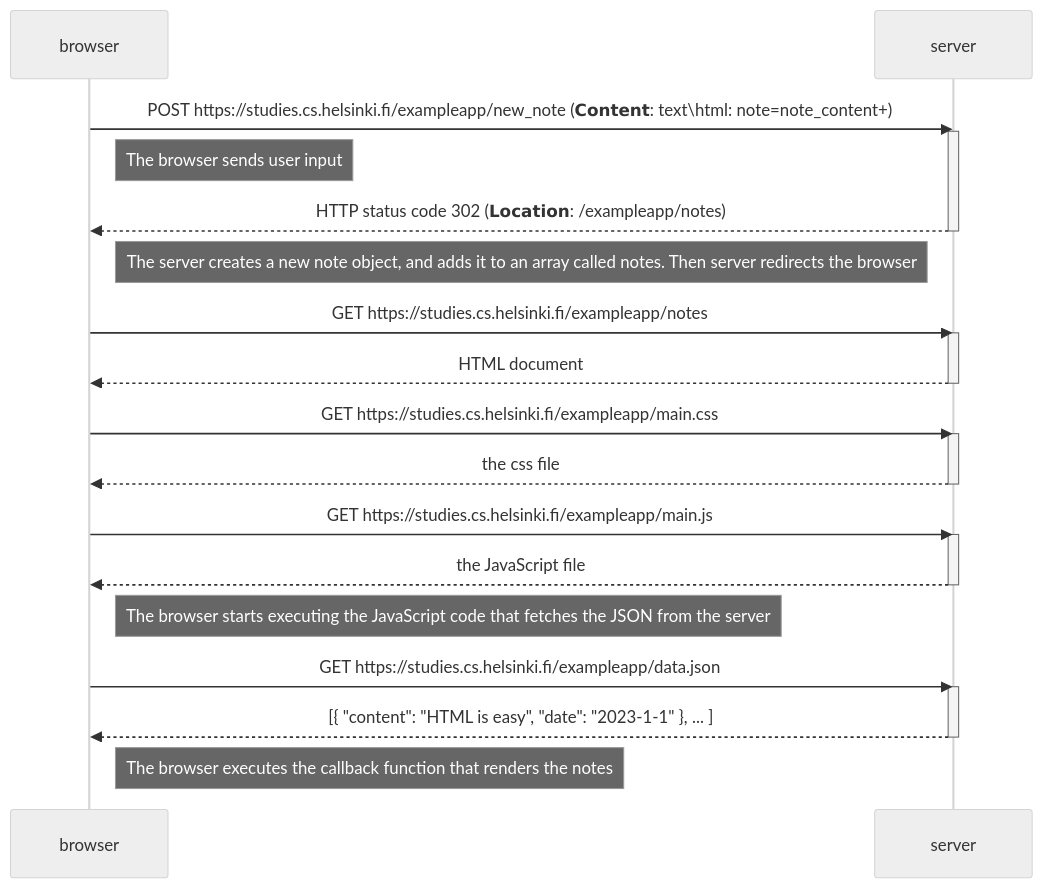
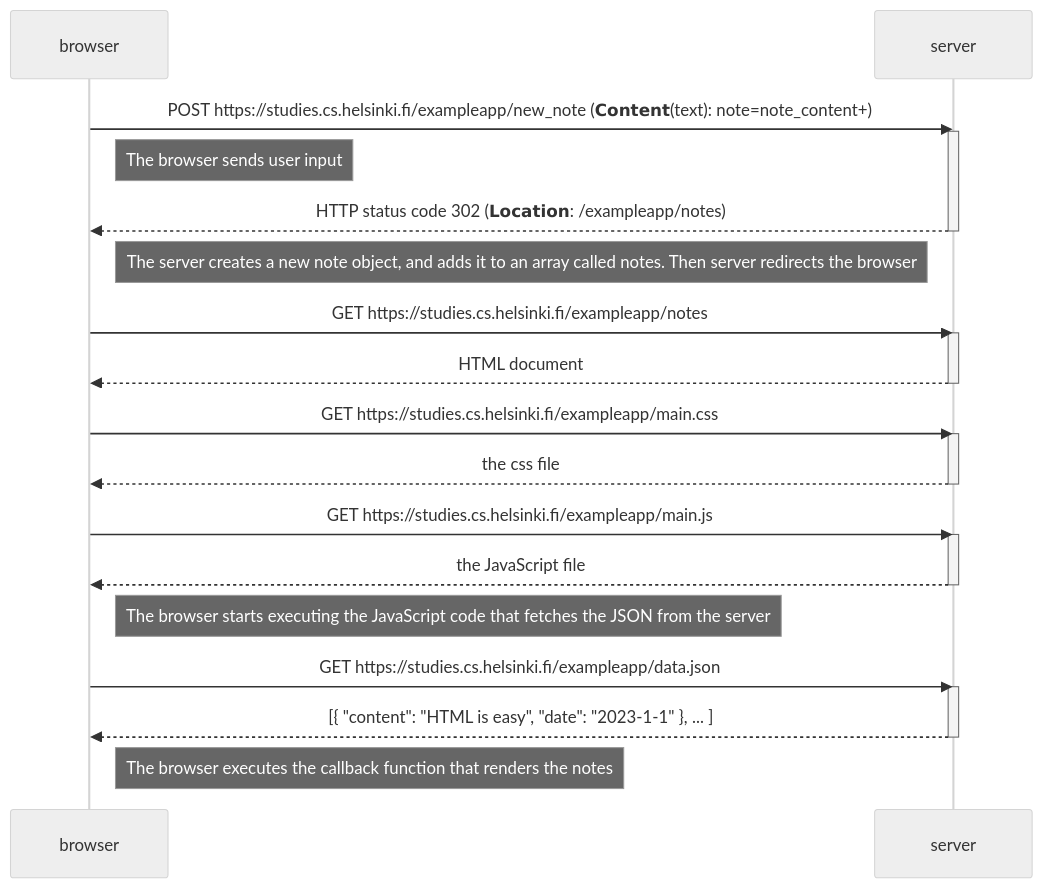
One commit to Gr701/intro changed the diagram in task_0_4.md. Above: the diagram before and after it, drawn with Mermaid (neutral theme).

````diff
--- a/task_0_4.md
+++ b/task_0_4.md
@@ -1,35 +1,35 @@
 ```mermaid
     sequenceDiagram
                 
-        browser->>server: POST https://studies.cs.helsinki.fi/exampleapp/new_note (𝗖𝗼𝗻𝘁𝗲𝗻𝘁: text\html: note=note_content+)
+        browser->>server: POST https://studies.cs.helsinki.fi/exampleapp/new_note (𝗖𝗼𝗻𝘁𝗲𝗻𝘁(text): note=note_content+)
         activate server
         Note right of browser: The browser sends user input
         server-->>browser: HTTP status code 302 (𝗟𝗼𝗰𝗮𝘁𝗶𝗼𝗻: /exampleapp/notes)
         deactivate server
         Note left of server: The server creates a new note object, and adds it to an array called notes. Then server redirects the browser
         
         browser->>server: GET https://studies.cs.helsinki.fi/exampleapp/notes
         activate server
         server-->>browser: HTML document
         deactivate server
     
         browser->>server: GET https://studies.cs.helsinki.fi/exampleapp/main.css
         activate server
         server-->>browser: the css file
         deactivate server
     
         browser->>server: GET https://studies.cs.helsinki.fi/exampleapp/main.js
         activate server
         server-->>browser: the JavaScript file
         deactivate server
     
         Note right of browser: The browser starts executing the JavaScript code that fetches the JSON from the server
     
         browser->>server: GET https://studies.cs.helsinki.fi/exampleapp/data.json
         activate server
         server-->>browser: [{ "content": "HTML is easy", "date": "2023-1-1" }, ... ]
         deactivate server
     
         Note right of browser: The browser executes the callback function that renders the notes
                              
 ```
````
